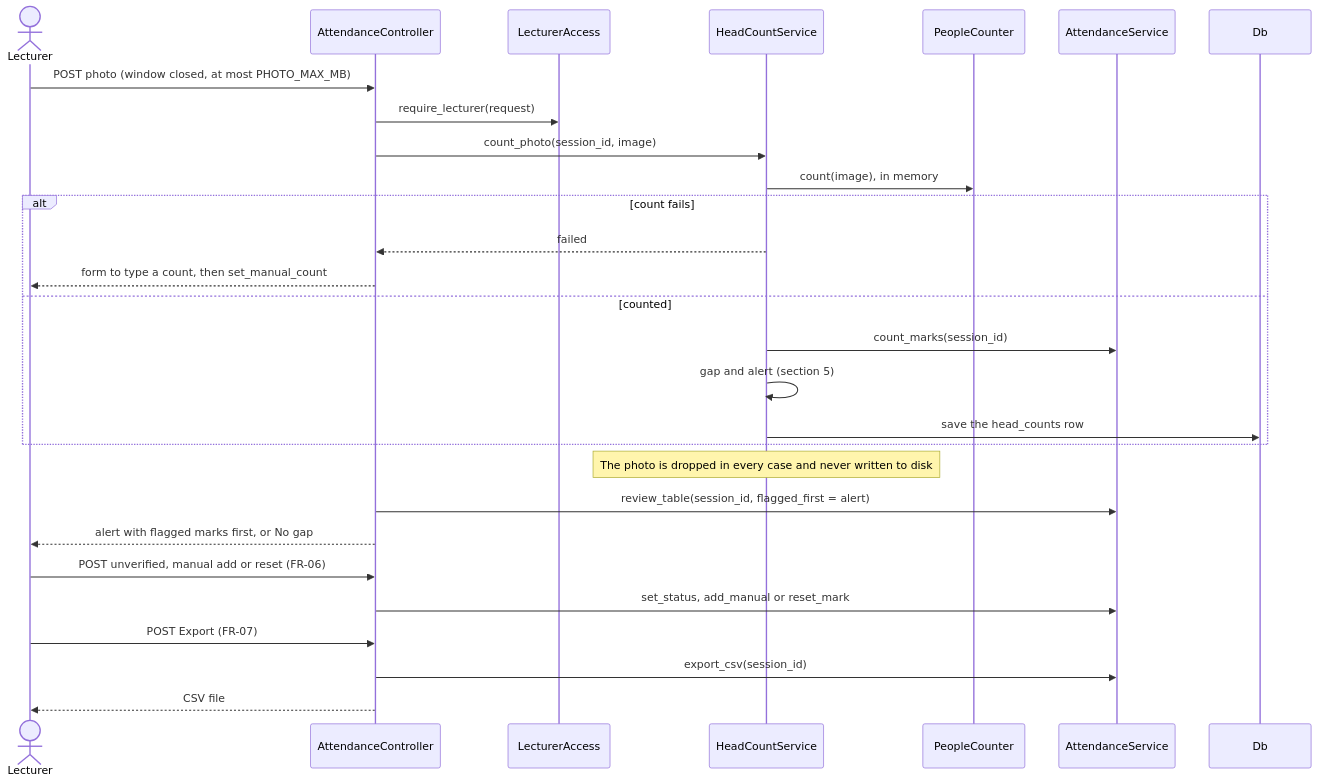
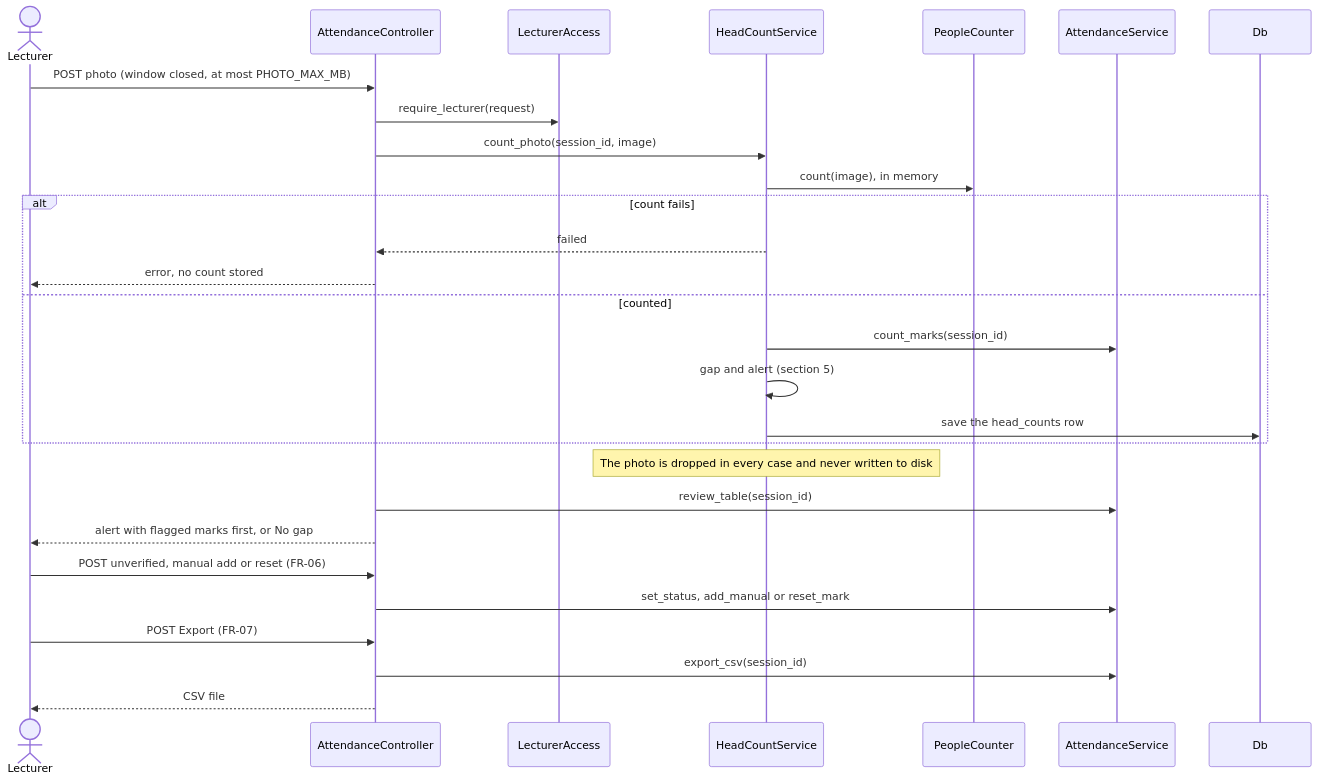
The sixth of 7 diagrams in docs/edd.md (Gashaw-ambaw/Ex2), drawn with Mermaid before and after one commit. The commit also changed other lines of this file and 6 other files, not shown here.

````diff
--- a/docs/edd.md
+++ b/docs/edd.md
@@ -389,30 +391,30 @@
 ```mermaid
 sequenceDiagram
   actor L as Lecturer
   participant AC as AttendanceController
   participant LA as LecturerAccess
   participant HC as HeadCountService
   participant PC as PeopleCounter
   participant AS as AttendanceService
   participant DB as Db
   L->>AC: POST photo (window closed, at most PHOTO_MAX_MB)
   AC->>LA: require_lecturer(request)
   AC->>HC: count_photo(session_id, image)
   HC->>PC: count(image), in memory
   alt count fails
     HC-->>AC: failed
-    AC-->>L: form to type a count, then set_manual_count
+    AC-->>L: error, no count stored
   else counted
     HC->>AS: count_marks(session_id)
     HC->>HC: gap and alert (section 5)
     HC->>DB: save the head_counts row
   end
   Note over HC: The photo is dropped in every case and never written to disk
-  AC->>AS: review_table(session_id, flagged_first = alert)
+  AC->>AS: review_table(session_id)
   AC-->>L: alert with flagged marks first, or No gap
   L->>AC: POST unverified, manual add or reset (FR-06)
   AC->>AS: set_status, add_manual or reset_mark
   L->>AC: POST Export (FR-07)
   AC->>AS: export_csv(session_id)
   AC-->>L: CSV file
 ```
````
